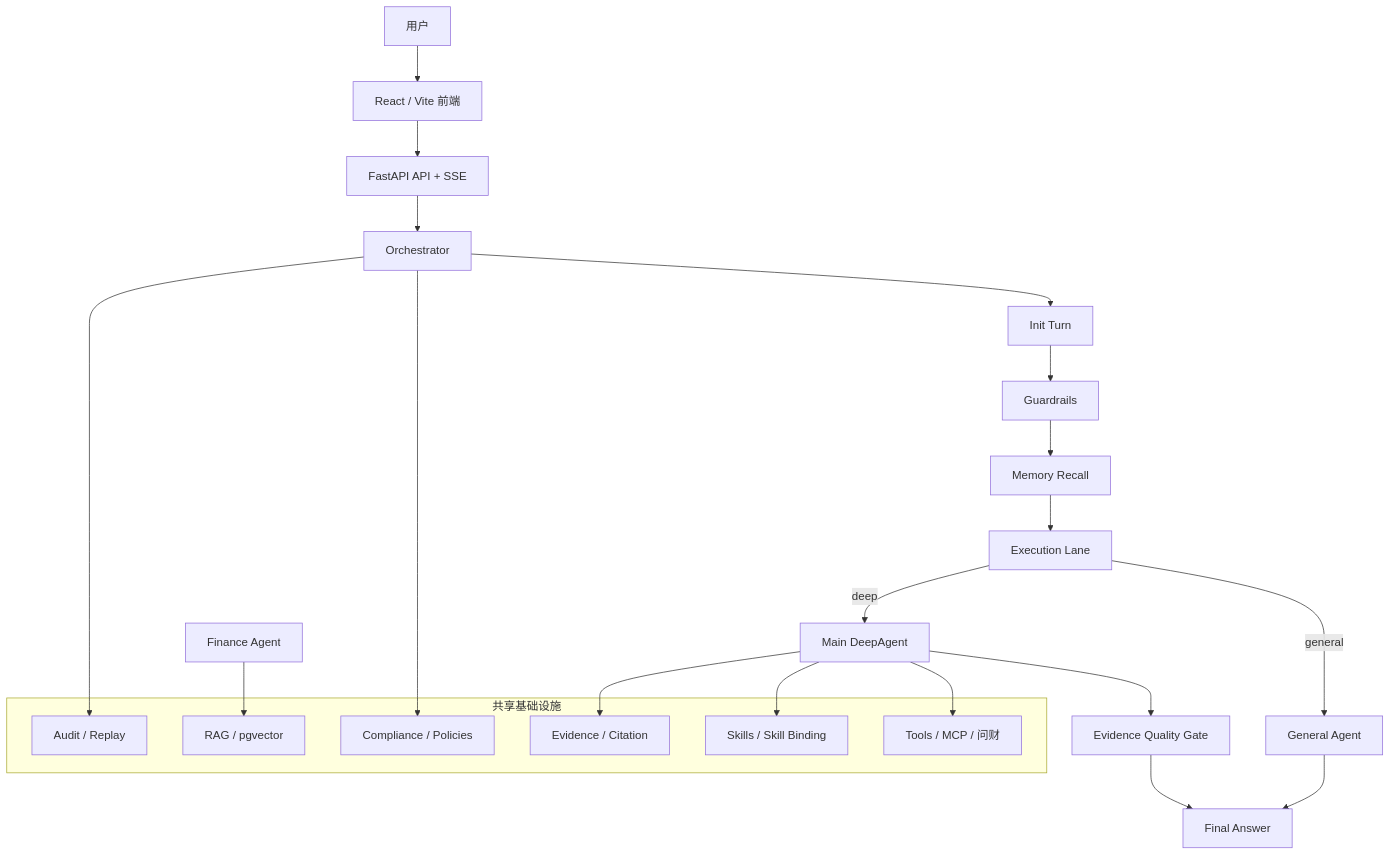
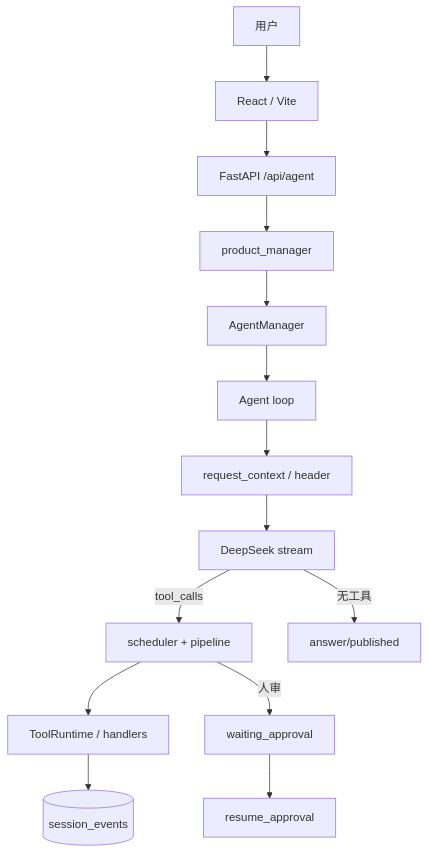
One commit to wooden1234/fin-harness changed the diagram in README.md. Above: the diagram before and after it, drawn with Mermaid. The commit also changed other lines of this file, not shown here.

````diff
--- a/README.md
+++ b/README.md
@@ -113,31 +96,16 @@
 ```mermaid
 flowchart TB
-    U[用户] --> FE[React / Vite 前端]
-    FE --> API[FastAPI API + SSE]
-    API --> ORCH[Orchestrator]
-    ORCH --> INIT[Init Turn]
-    INIT --> GUARD[Guardrails]
-    GUARD --> MEM[Memory Recall]
-    MEM --> LANE[Execution Lane]
-    LANE -->|general| GENERAL[General Agent]
-    LANE -->|deep| MAIN[Main DeepAgent]
-    MAIN --> QUALITY[Evidence Quality Gate]
-    GENERAL --> FINAL[Final Answer]
-    QUALITY --> FINAL
-
-    subgraph FOUNDATION[共享基础设施]
-        TOOLS[Tools / MCP / 问财]
-        SKILLS[Skills / Skill Binding]
-        EVIDENCE[Evidence / Citation]
-        COMPLIANCE[Compliance / Policies]
-        AUDIT[Audit / Replay]
-        RAG[RAG / pgvector]
-    end
-
-    MAIN --> TOOLS
-    MAIN --> SKILLS
-    MAIN --> EVIDENCE
-    ORCH --> COMPLIANCE
-    ORCH --> AUDIT
-    FINANCE[Finance Agent] --> RAG
+    U[用户] --> FE[React / Vite]
+    FE --> API[FastAPI /api/agent]
+    API --> PM[product_manager]
+    PM --> AM[AgentManager]
+    AM --> AG[Agent loop]
+    AG --> CTX[request_context / header]
+    CTX --> LLM[DeepSeek stream]
+    LLM -->|tool_calls| SCH[scheduler + pipeline]
+    SCH --> TR[ToolRuntime / handlers]
+    TR --> EV[(session_events)]
+    LLM -->|无工具| PUB[answer/published]
+    SCH -->|人审| AP[waiting_approval]
+    AP --> RES[resume_approval]
 ```
````
